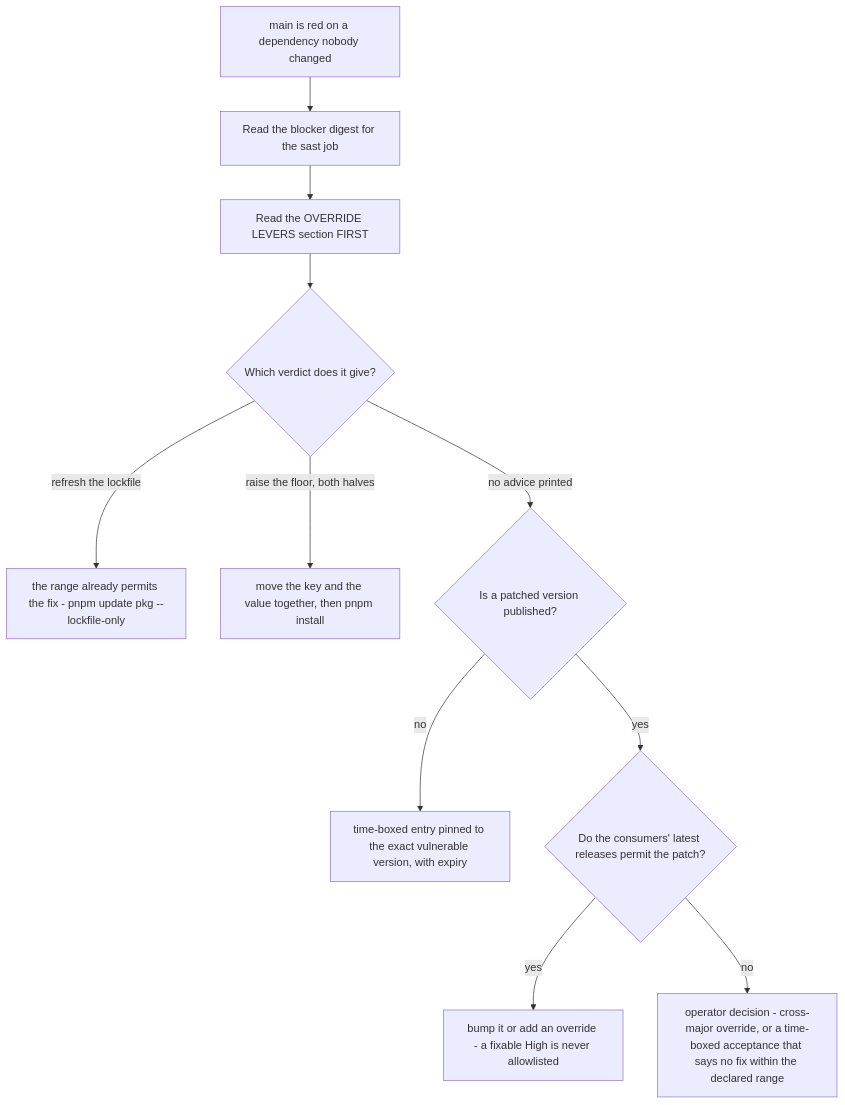
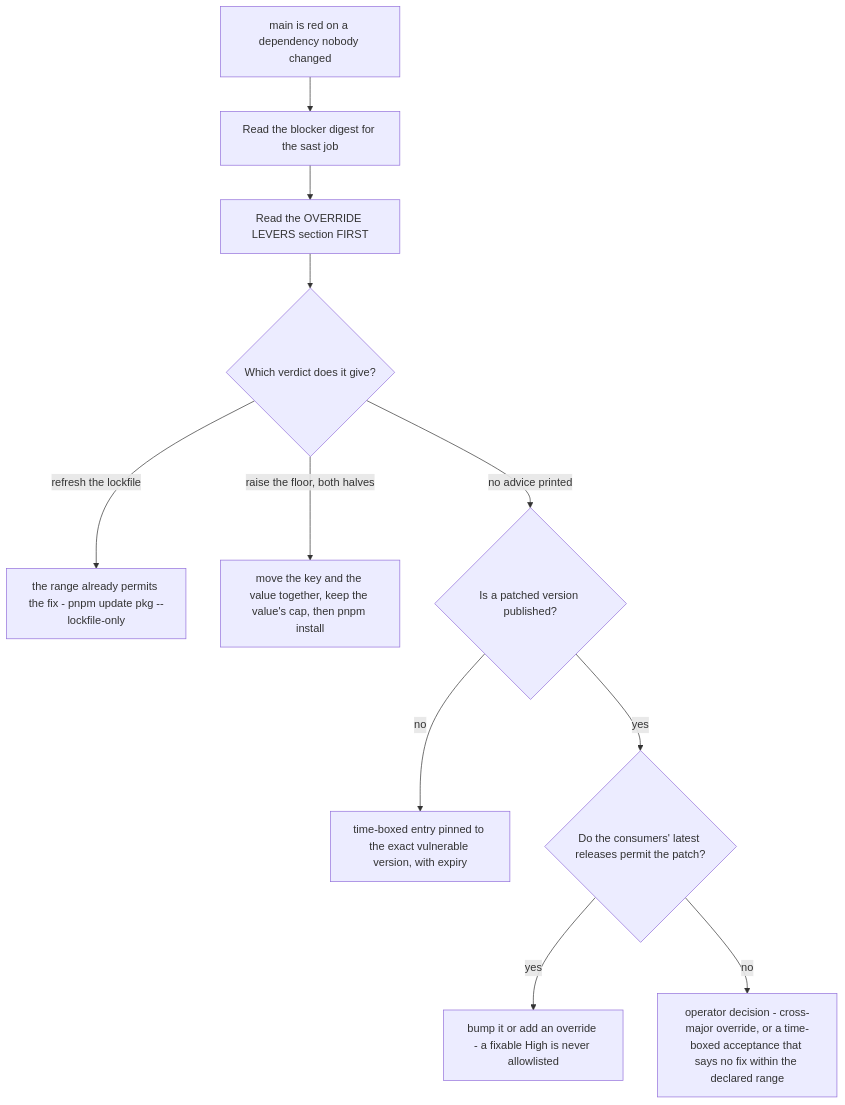
The third of 3 diagrams in openwiki/runbooks/sast-scanning.md (jumbleknot/MovieCollectionManager), drawn with Mermaid before and after one commit. The commit also changed other lines of this file and 19 other files, not shown here.

````diff
--- a/openwiki/runbooks/sast-scanning.md
+++ b/openwiki/runbooks/sast-scanning.md
@@ -484,13 +502,13 @@
 ```mermaid
 flowchart TD
   A["main is red on a dependency nobody changed"] --> B["Read the blocker digest for the sast job"]
   B --> C["Read the OVERRIDE LEVERS section FIRST"]
   C --> D{"Which verdict does it give?"}
   D -->|"refresh the lockfile"| E["the range already permits the fix - pnpm update pkg --lockfile-only"]
-  D -->|"raise the floor, both halves"| F["move the key and the value together, then pnpm install"]
+  D -->|"raise the floor, both halves"| F["move the key and the value together, keep the value's cap, then pnpm install"]
   D -->|"no advice printed"| G{"Is a patched version published?"}
   G -->|no| I["time-boxed entry pinned to the exact vulnerable version, with expiry"]
   G -->|yes| J{"Do the consumers' latest releases permit the patch?"}
   J -->|yes| H["bump it or add an override - a fixable High is never allowlisted"]
   J -->|no| K["operator decision - cross-major override, or a time-boxed acceptance that says no fix within the declared range"]
 ```
````
